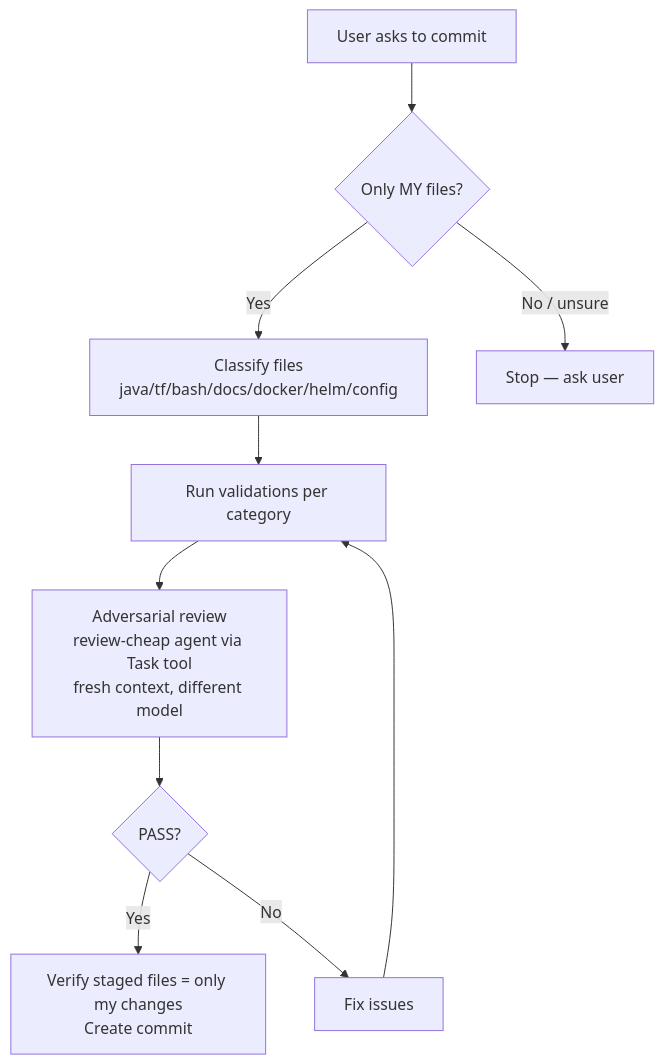
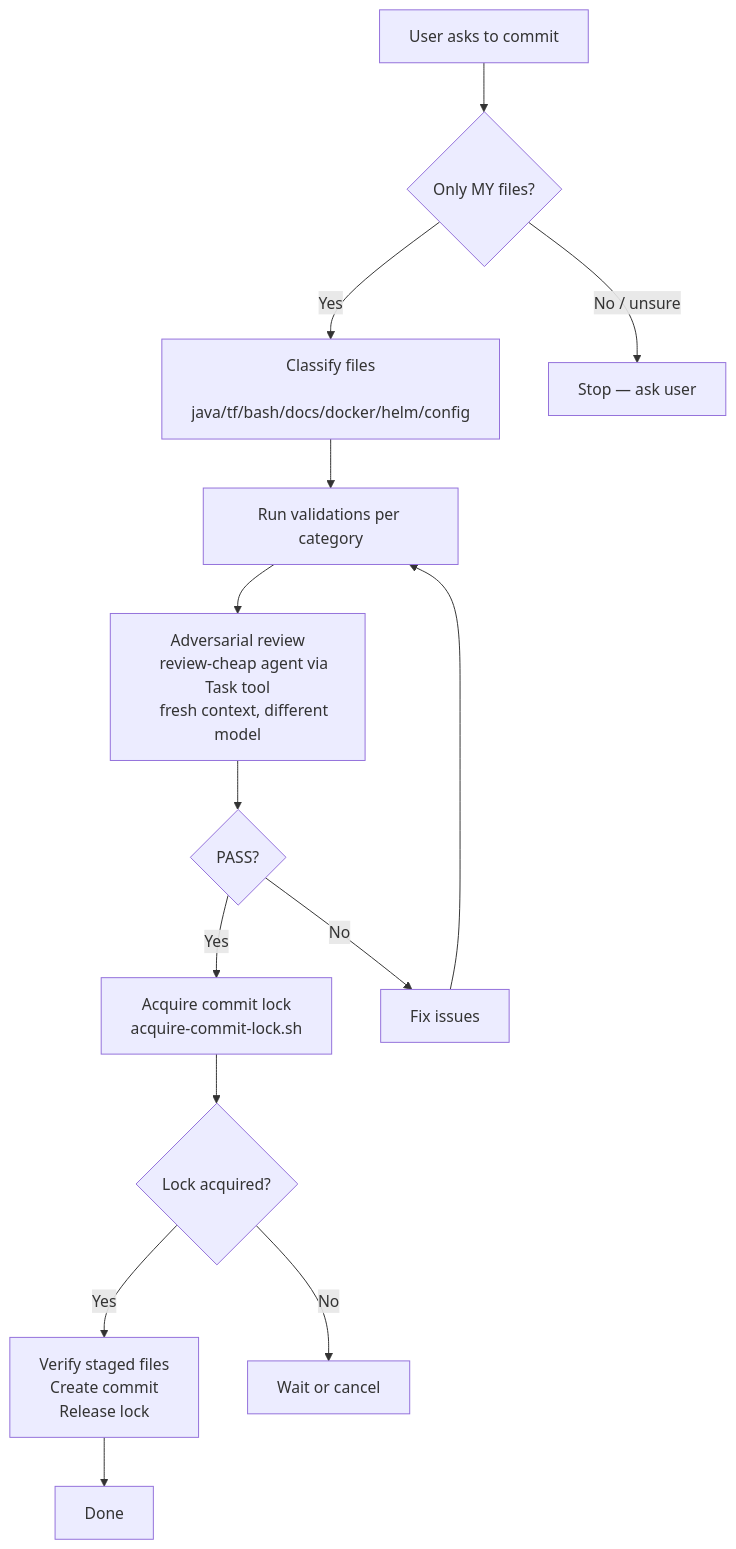
Before and after one commit to mock-server/mockserver: the diagram in .opencode/rules/commit-workflow.md, drawn with Mermaid. The commit also changed other lines of this file and 10 other files, not shown here.

````diff
--- a/.opencode/rules/commit-workflow.md
+++ b/.opencode/rules/commit-workflow.md
@@ -123,11 +160,21 @@
 ```mermaid
 flowchart TD
-    A[User asks to commit] --> B{Only MY files?}
-    B -->|Yes| C[Classify files\njava/tf/bash/docs/docker/helm/config]
-    B -->|No / unsure| STOP[Stop — ask user]
-    C --> D[Run validations per category]
-    D --> E[Adversarial review\nreview-cheap agent via Task tool\nfresh context, different model]
+    A["User asks to commit"] --> B{Only MY files?}
+    B -->|Yes| C["Classify files
+    java/tf/bash/docs/docker/helm/config"]
+    B -->|No / unsure| STOP["Stop — ask user"]
+    C --> D["Run validations per category"]
+    D --> E["Adversarial review
+    review-cheap agent via Task tool
+    fresh context, different model"]
     E --> F{PASS?}
-    F -->|Yes| G[Verify staged files = only my changes\nCreate commit]
-    F -->|No| H[Fix issues] --> D
+    F -->|Yes| G["Acquire commit lock
+    acquire-commit-lock.sh"]
+    F -->|No| H["Fix issues"] --> D
+    G --> I{Lock acquired?}
+    I -->|Yes| J["Verify staged files
+    Create commit
+    Release lock"]
+    I -->|No| WAIT["Wait or cancel"]
+    J --> DONE["Done"]
 ```
````
